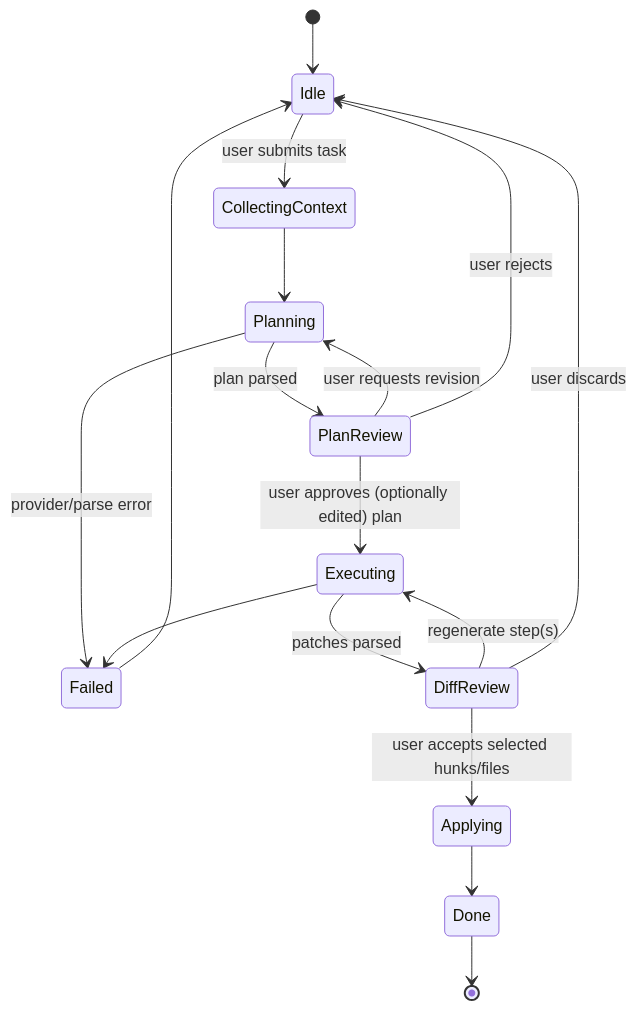
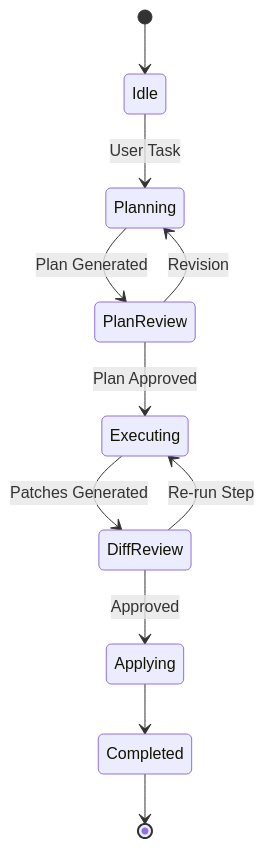
The second of 2 diagrams in ARCHITECTURE.md (marespopa/daedaluside), drawn with Mermaid before and after one commit. The commit also changed other lines of this file and 47 other files, not shown here.

First line of the commit message:
feat: vim mode, netrw-style tree, and architecture docs

````diff
--- a/ARCHITECTURE.md
+++ b/ARCHITECTURE.md
@@ -267,19 +88,13 @@
 ```mermaid
 stateDiagram-v2
     [*] --> Idle
-    Idle --> CollectingContext: user submits task
-    CollectingContext --> Planning
-    Planning --> PlanReview: plan parsed
-    Planning --> Failed: provider/parse error
-    PlanReview --> Planning: user requests revision
-    PlanReview --> Idle: user rejects
-    PlanReview --> Executing: user approves (optionally edited) plan
-    Executing --> DiffReview: patches parsed
-    Executing --> Failed
-    DiffReview --> Executing: regenerate step(s)
-    DiffReview --> Applying: user accepts selected hunks/files
-    DiffReview --> Idle: user discards
-    Applying --> Done
-    Failed --> Idle
-    Done --> [*]
+    Idle --> Planning: User Task
+    Planning --> PlanReview: Plan Generated
+    PlanReview --> Planning: Revision
+    PlanReview --> Executing: Plan Approved
+    Executing --> DiffReview: Patches Generated
+    DiffReview --> Executing: Re-run Step
+    DiffReview --> Applying: Approved
+    Applying --> Completed
+    Completed --> [*]
 ```
````
